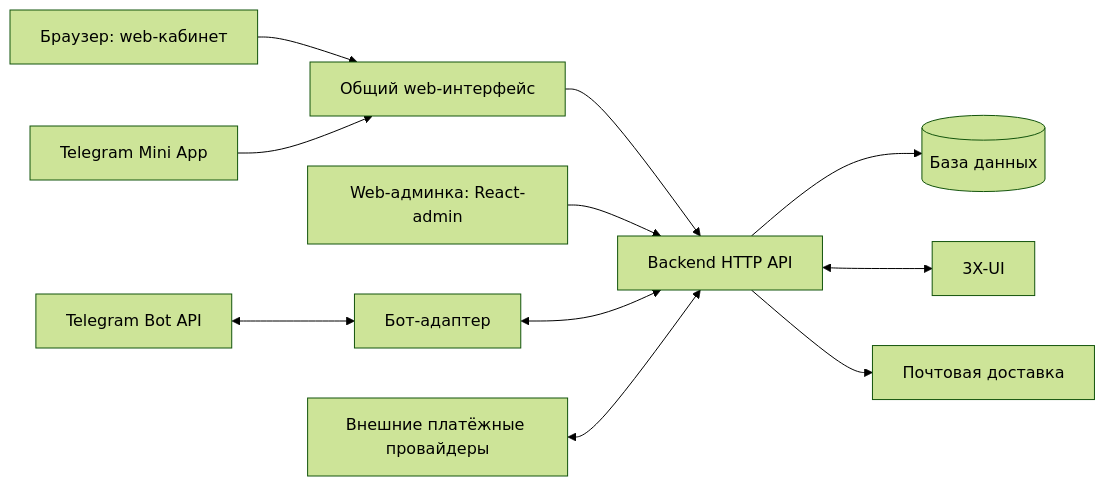
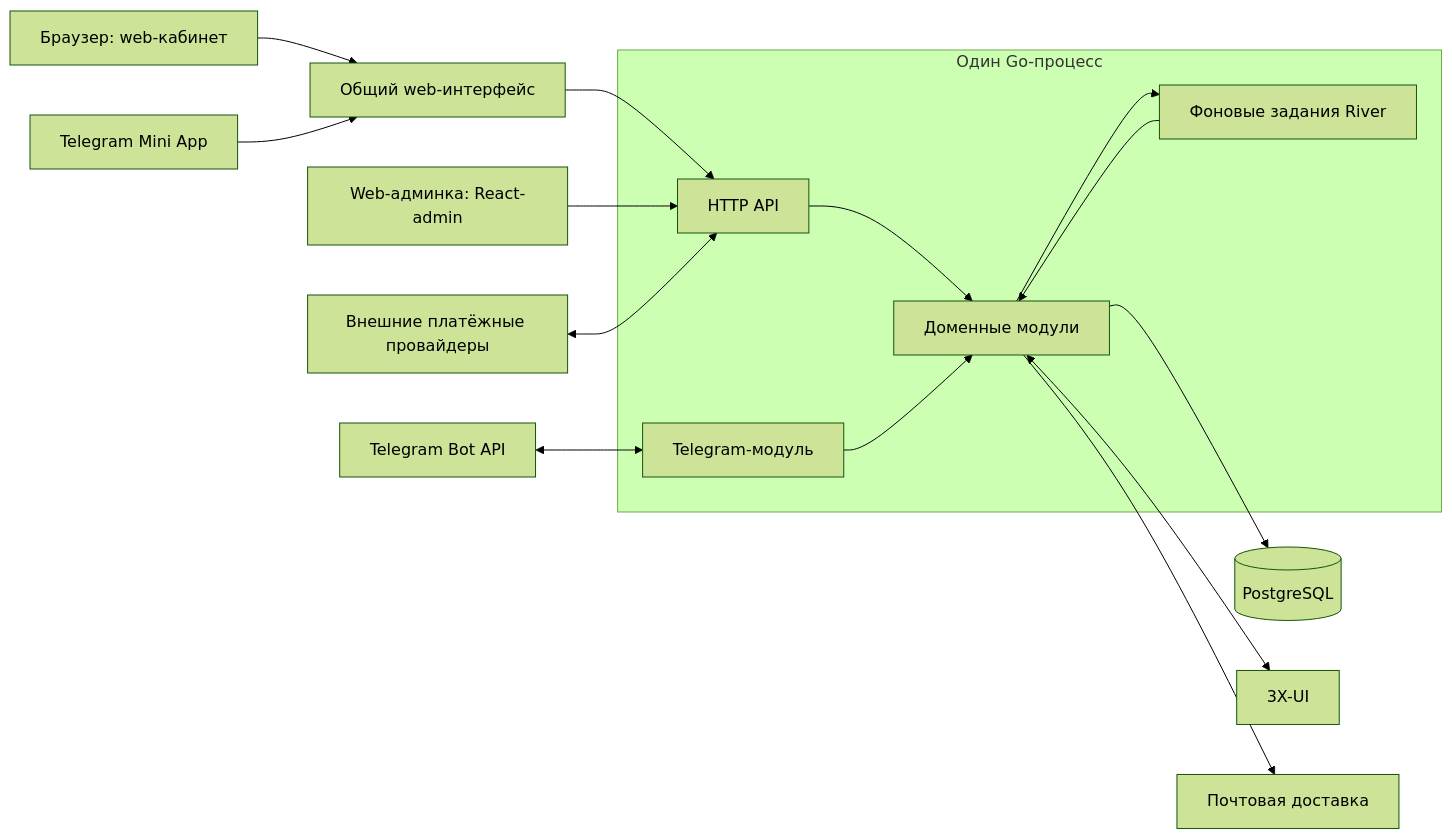
One commit to ekho/3xui-shop changed the diagram in docs/superpowers/specs/2026-10-01-cabinet-backend-miniapp-design.md. Above: the diagram before and after it, drawn with Mermaid (forest theme). The commit also changed other lines of this file and 5 other files, not shown here.

````diff
--- a/docs/superpowers/specs/2026-10-01-cabinet-backend-miniapp-design.md
+++ b/docs/superpowers/specs/2026-10-01-cabinet-backend-miniapp-design.md
@@ -98,13 +111,18 @@
 ```mermaid
 flowchart LR
     W[Браузер: web-кабинет] --> F[Общий web-интерфейс]
     M[Telegram Mini App] --> F
-    F --> A[Backend HTTP API]
+    F --> A
     R[Web-админка: React-admin] --> A
-    T[Telegram Bot API] <--> B[Бот-адаптер]
-    B <--> A
+    T[Telegram Bot API] <--> B
     P[Внешние платёжные провайдеры] <--> A
-    A --> D[(База данных)]
-    A <--> X[3X-UI]
-    A --> E[Почтовая доставка]
+    subgraph APP[Один Go-процесс]
+        A[HTTP API] --> C[Доменные модули]
+        B[Telegram-модуль] --> C
+        C --> J[Фоновые задания River]
+        J --> C
+    end
+    C --> D[(PostgreSQL)]
+    C <--> X[3X-UI]
+    C --> E[Почтовая доставка]
 ```
````
